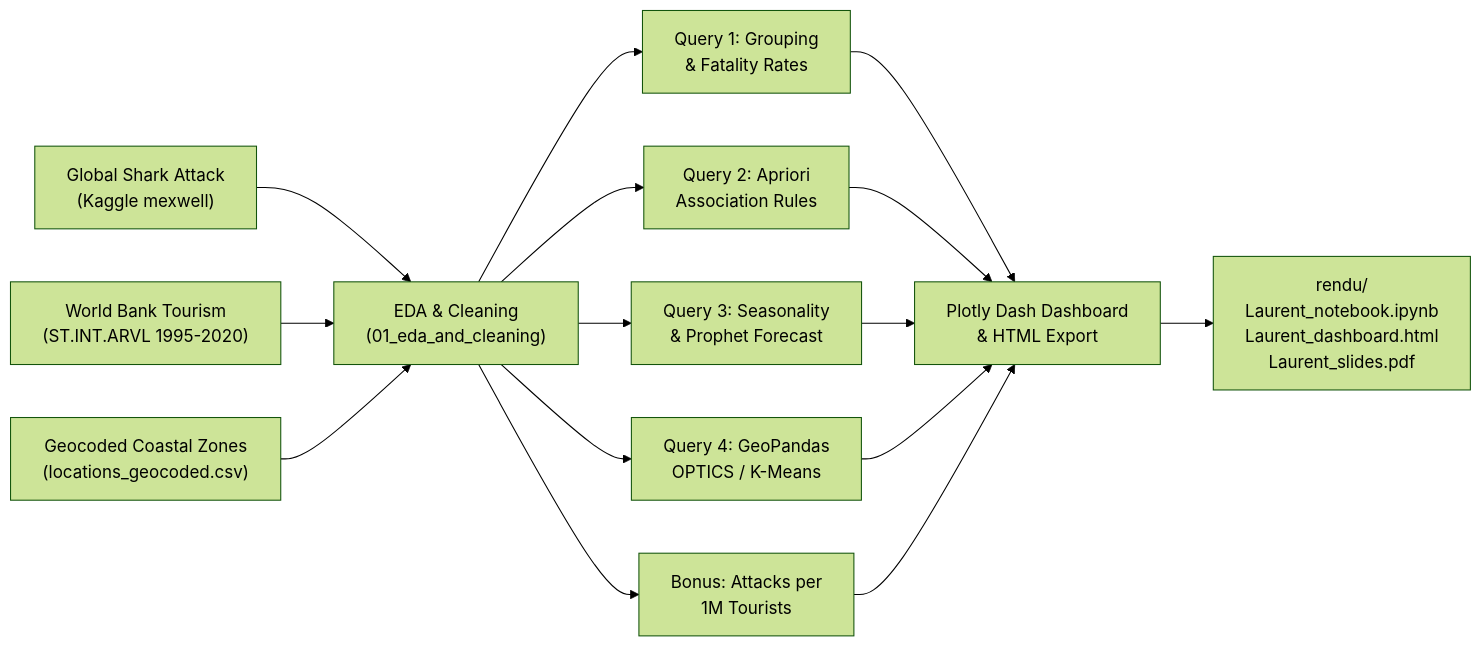
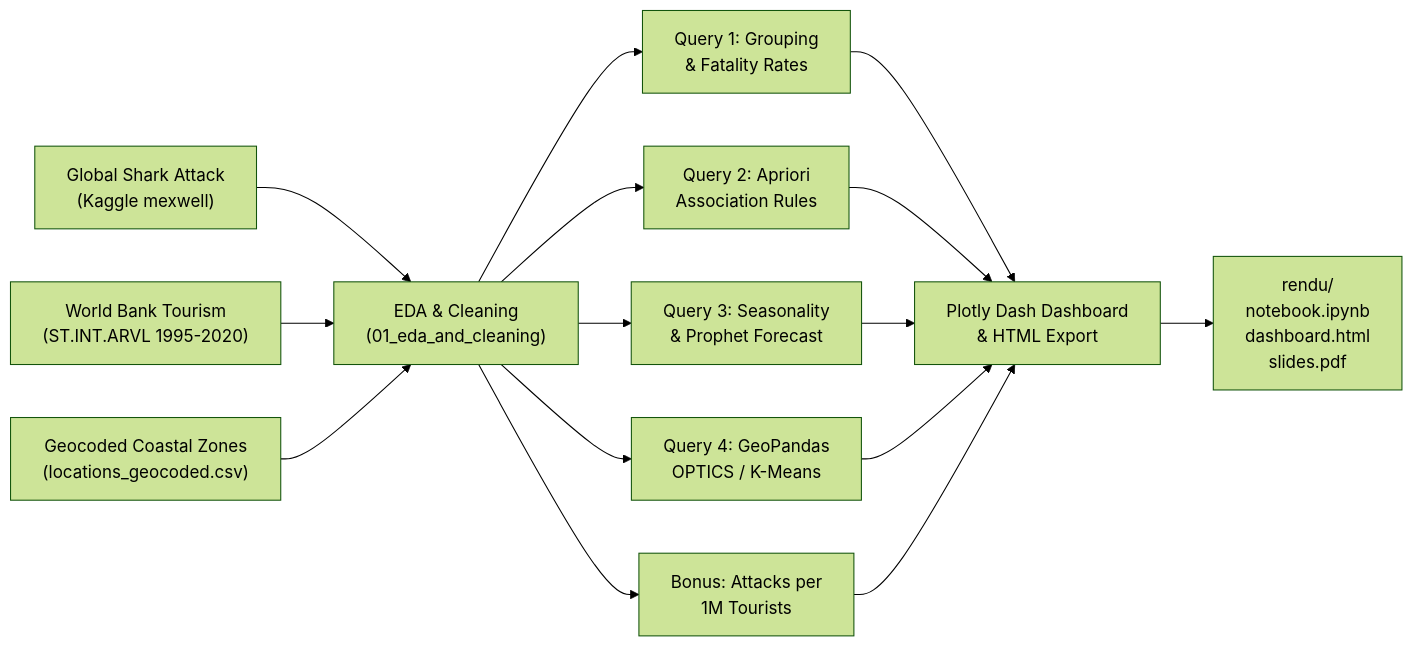
The diagram in README.md (groupe-dia3-ml/programming-for-data-science), drawn with Mermaid (forest theme) before and after one commit. The commit also changed other lines of this file and 10 other files, not shown here.

````diff
--- a/README.md
+++ b/README.md
@@ -44,17 +46,17 @@
 ```mermaid
 flowchart LR
     D1["Global Shark Attack<br/>(Kaggle mexwell)"] --> P["EDA & Cleaning<br/>(01_eda_and_cleaning)"]
     D2["World Bank Tourism<br/>(ST.INT.ARVL 1995-2020)"] --> P
     G["Geocoded Coastal Zones<br/>(locations_geocoded.csv)"] --> P
     P --> Q1["Query 1: Grouping<br/>& Fatality Rates"]
     P --> Q2["Query 2: Apriori<br/>Association Rules"]
     P --> Q3["Query 3: Seasonality<br/>& Prophet Forecast"]
     P --> Q4["Query 4: GeoPandas<br/>OPTICS / K-Means"]
     P --> Q5["Bonus: Attacks per<br/>1M Tourists"]
     Q1 --> DASH["Plotly Dash Dashboard<br/>& HTML Export"]
     Q2 --> DASH
     Q3 --> DASH
     Q4 --> DASH
     Q5 --> DASH
-    DASH --> RENDU["rendu/<br/>Laurent_notebook.ipynb<br/>Laurent_dashboard.html<br/>Laurent_slides.pdf"]
+    DASH --> RENDU["rendu/<br/>notebook.ipynb<br/>dashboard.html<br/>slides.pdf"]
 ```
````
